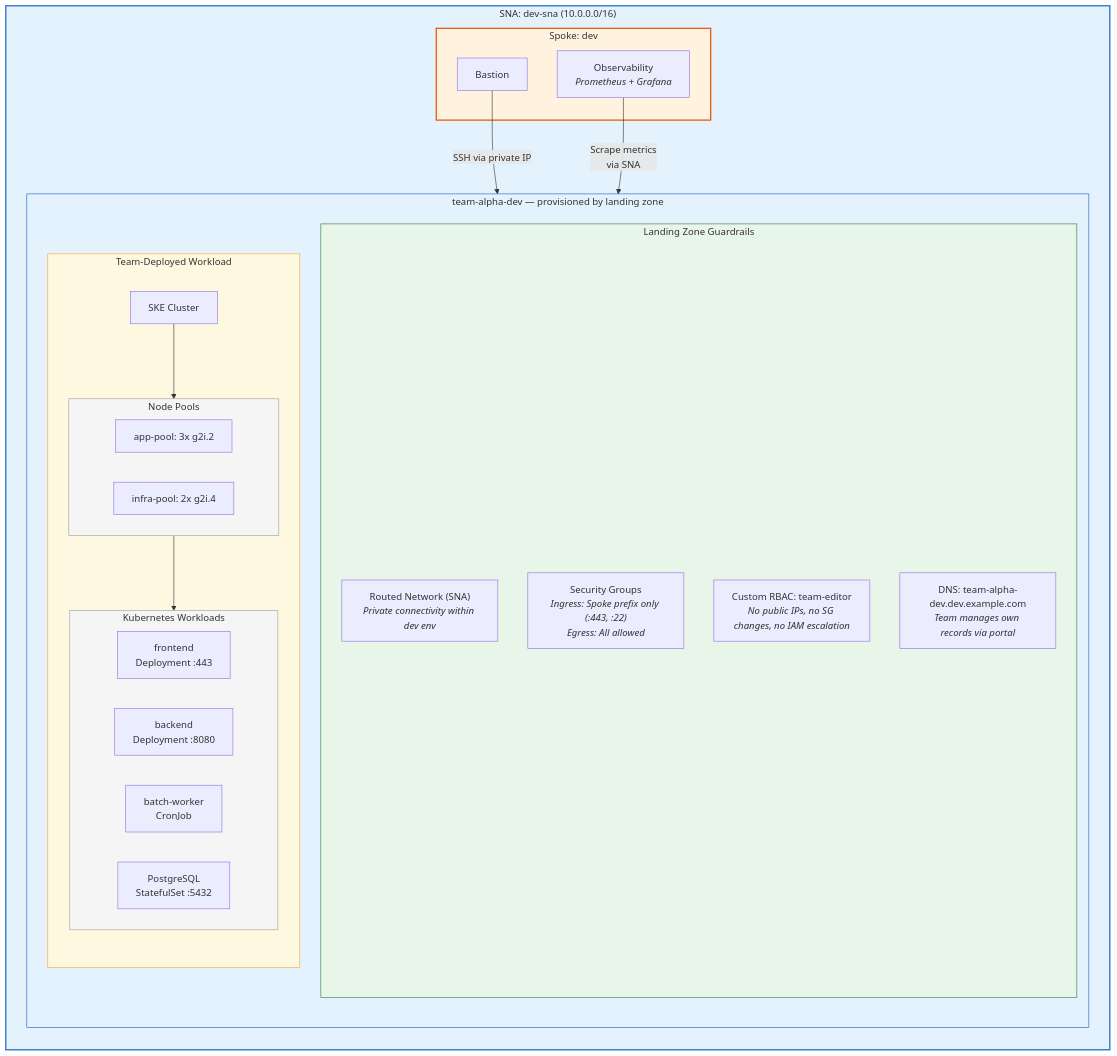
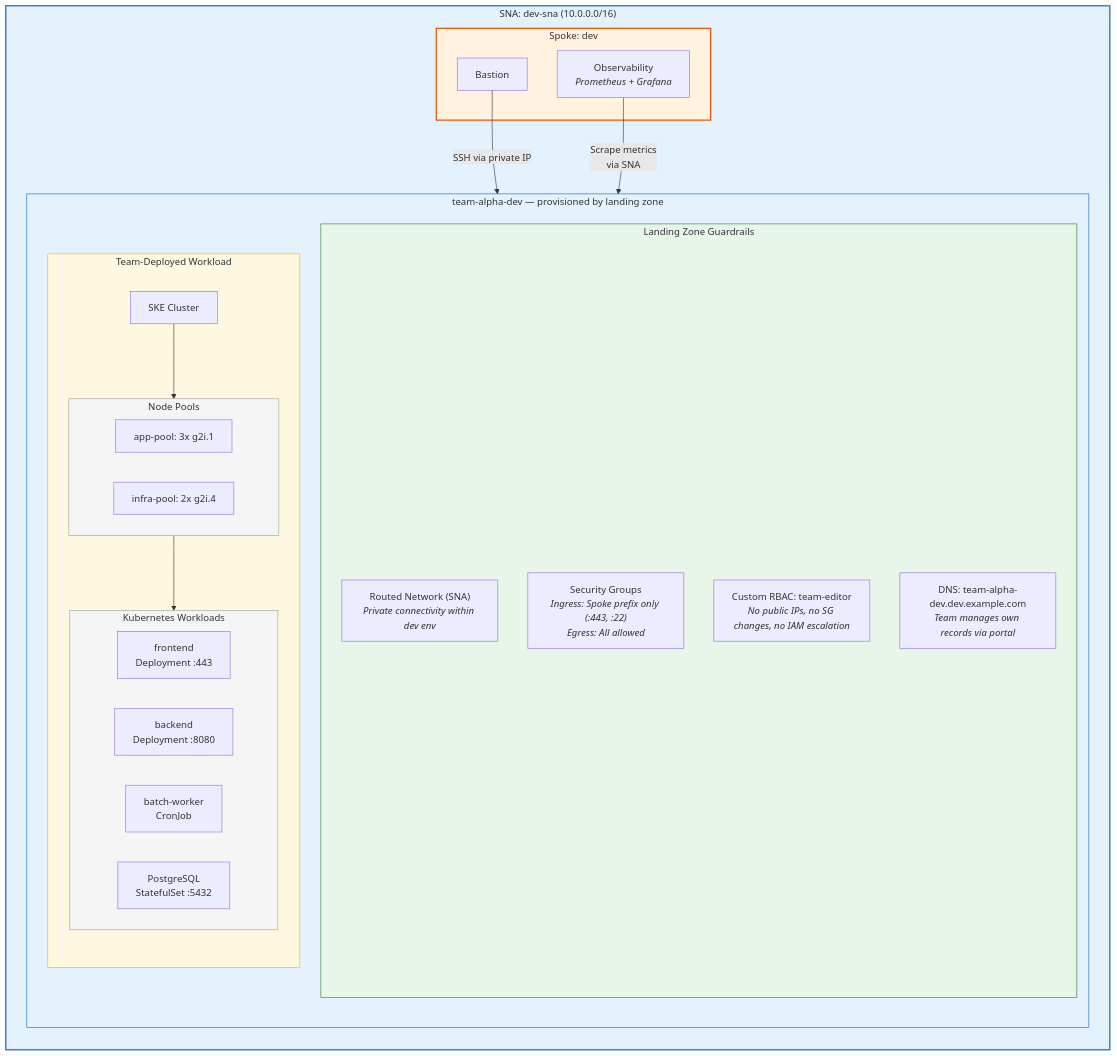
The ninth of 12 diagrams in docs/architecture.md (Liquid-Reply/stackit-landingzone), drawn with Mermaid before and after one commit. The commit also changed other lines of this file and 28 other files, not shown here.

````diff
--- a/docs/architecture.md
+++ b/docs/architecture.md
@@ -293,49 +347,49 @@
 ```mermaid
 graph TB
     subgraph sna["SNA: dev-sna (10.0.0.0/16)"]
         direction TB
 
         subgraph spoke["Spoke: dev"]
             bastion_h["Bastion"]
             prom_h["Observability<br/><i>Prometheus + Grafana</i>"]
         end
 
         subgraph project["team-alpha-dev &mdash; provisioned by landing zone"]
             direction TB
 
             subgraph guardrails["Landing Zone Guardrails"]
                 net["Routed Network (SNA)<br/><i>Private connectivity within dev env</i>"]
                 sg["Security Groups<br/><i>Ingress: Spoke prefix only (:443, :22)</i><br/><i>Egress: All allowed</i>"]
                 rbac["Custom RBAC: team-editor<br/><i>No public IPs, no SG changes, no IAM escalation</i>"]
                 dns_zone["DNS: team-alpha-dev.dev.example.com<br/><i>Team manages own records via portal</i>"]
             end
 
             subgraph workload["Team-Deployed Workload"]
                 direction TB
                 cluster["SKE Cluster"]
                 subgraph nodes["Node Pools"]
-                    app_pool["app-pool: 3x g2i.2"]
+                    app_pool["app-pool: 3x g2i.1"]
                     infra_pool["infra-pool: 2x g2i.4"]
                 end
                 subgraph pods["Kubernetes Workloads"]
                     frontend["frontend<br/>Deployment :443"]
                     backend["backend<br/>Deployment :8080"]
                     worker["batch-worker<br/>CronJob"]
                     postgres["PostgreSQL<br/>StatefulSet :5432"]
                 end
                 cluster --> nodes --> pods
             end
         end
     end
 
     bastion_h -->|"SSH via private IP"| net
     prom_h -->|"Scrape metrics<br/>via SNA"| net
 
     style sna fill:#e3f2fd,stroke:#1565c0,stroke-width:2px
     style spoke fill:#fff3e0,stroke:#e65100,stroke-width:2px
     style project fill:#e3f2fd,stroke:#1565c0,stroke-width:1px
     style guardrails fill:#e8f5e9,stroke:#2e7d32,stroke-width:1px
     style workload fill:#fff8e1,stroke:#f9a825,stroke-width:1px
     style nodes fill:#f5f5f5,stroke:#9e9e9e,stroke-width:1px
     style pods fill:#f5f5f5,stroke:#9e9e9e,stroke-width:1px
 ```
````
